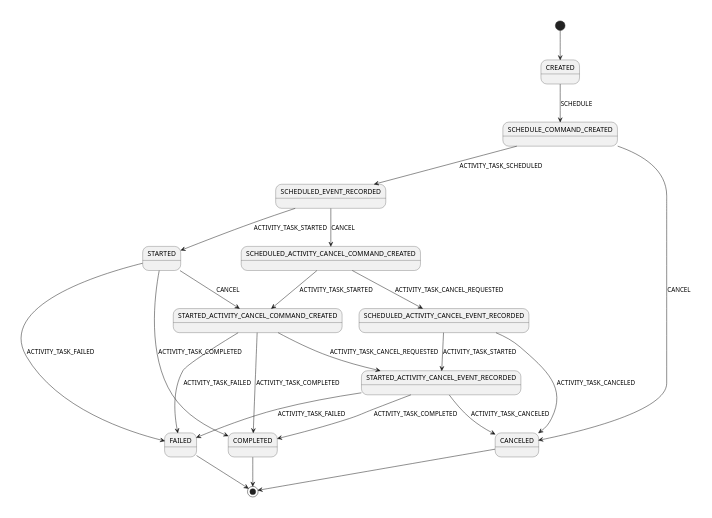
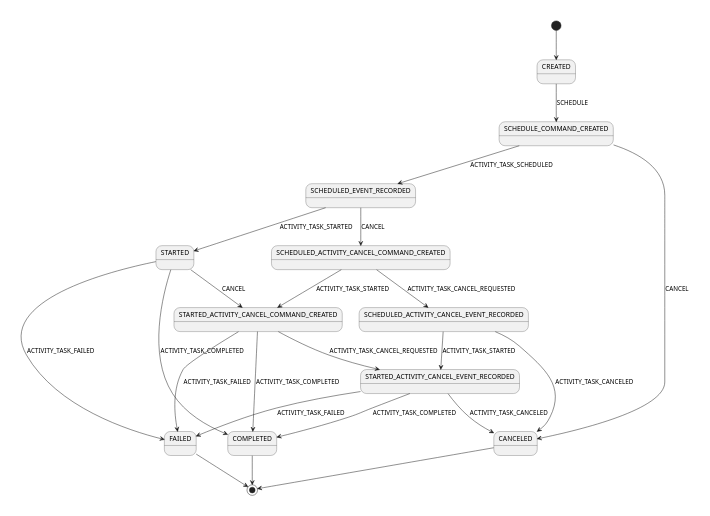
Before and after one commit to mfateev/temporal-java-sdk: the diagram in src/main/java/io/temporal/internal/csm/ActivityCommands.puml, drawn with PlantUML. The commit also changed other lines of this file and 4 other files, not shown here.

```diff
--- a/src/main/java/io/temporal/internal/csm/ActivityCommands.puml
+++ b/src/main/java/io/temporal/internal/csm/ActivityCommands.puml
@@ -21,25 +21,25 @@
 @startuml
 scale 350 width
 [*] --> CREATED
-SCHEDULED_ACTIVITY_CANCEL_EVENT_RECORDED --> CANCELED: ACTIVITY_TASK_CANCELED
-STARTED_ACTIVITY_CANCEL_COMMAND_CREATED --> STARTED_ACTIVITY_CANCEL_EVENT_RECORDED: ACTIVITY_TASK_CANCEL_REQUESTED
-STARTED_ACTIVITY_CANCEL_COMMAND_CREATED --> COMPLETED: ACTIVITY_TASK_COMPLETED
-STARTED_ACTIVITY_CANCEL_EVENT_RECORDED --> FAILED: ACTIVITY_TASK_FAILED
-SCHEDULED_EVENT_RECORDED --> STARTED: ACTIVITY_TASK_STARTED
-STARTED --> FAILED: ACTIVITY_TASK_FAILED
+SCHEDULED_EVENT_RECORDED --> SCHEDULED_ACTIVITY_CANCEL_COMMAND_CREATED: CANCEL
+SCHEDULED_ACTIVITY_CANCEL_COMMAND_CREATED --> STARTED_ACTIVITY_CANCEL_COMMAND_CREATED: ACTIVITY_TASK_STARTED
 STARTED --> STARTED_ACTIVITY_CANCEL_COMMAND_CREATED: CANCEL
-SCHEDULED_EVENT_RECORDED --> SCHEDULED_ACTIVITY_CANCEL_COMMAND_CREATED: CANCEL
+SCHEDULE_COMMAND_CREATED --> SCHEDULED_EVENT_RECORDED: ACTIVITY_TASK_SCHEDULED
+SCHEDULE_COMMAND_CREATED --> CANCELED: CANCEL
 STARTED_ACTIVITY_CANCEL_COMMAND_CREATED --> FAILED: ACTIVITY_TASK_FAILED
+STARTED_ACTIVITY_CANCEL_EVENT_RECORDED --> COMPLETED: ACTIVITY_TASK_COMPLETED
 CREATED --> SCHEDULE_COMMAND_CREATED: SCHEDULE
 SCHEDULED_ACTIVITY_CANCEL_EVENT_RECORDED --> STARTED_ACTIVITY_CANCEL_EVENT_RECORDED: ACTIVITY_TASK_STARTED
+STARTED --> FAILED: ACTIVITY_TASK_FAILED
+STARTED_ACTIVITY_CANCEL_COMMAND_CREATED --> STARTED_ACTIVITY_CANCEL_EVENT_RECORDED: ACTIVITY_TASK_CANCEL_REQUESTED
+SCHEDULED_ACTIVITY_CANCEL_COMMAND_CREATED --> SCHEDULED_ACTIVITY_CANCEL_EVENT_RECORDED: ACTIVITY_TASK_CANCEL_REQUESTED
+STARTED_ACTIVITY_CANCEL_EVENT_RECORDED --> FAILED: ACTIVITY_TASK_FAILED
+STARTED_ACTIVITY_CANCEL_COMMAND_CREATED --> COMPLETED: ACTIVITY_TASK_COMPLETED
 STARTED_ACTIVITY_CANCEL_EVENT_RECORDED --> CANCELED: ACTIVITY_TASK_CANCELED
-STARTED_ACTIVITY_CANCEL_EVENT_RECORDED --> COMPLETED: ACTIVITY_TASK_COMPLETED
-SCHEDULE_COMMAND_CREATED --> CANCELED: CANCEL
-SCHEDULE_COMMAND_CREATED --> SCHEDULED_EVENT_RECORDED: ACTIVITY_TASK_SCHEDULED
+SCHEDULED_EVENT_RECORDED --> STARTED: ACTIVITY_TASK_STARTED
 STARTED --> COMPLETED: ACTIVITY_TASK_COMPLETED
-SCHEDULED_ACTIVITY_CANCEL_COMMAND_CREATED --> SCHEDULED_ACTIVITY_CANCEL_EVENT_RECORDED: ACTIVITY_TASK_CANCEL_REQUESTED
-SCHEDULED_ACTIVITY_CANCEL_COMMAND_CREATED --> STARTED_ACTIVITY_CANCEL_COMMAND_CREATED: ACTIVITY_TASK_STARTED
+SCHEDULED_ACTIVITY_CANCEL_EVENT_RECORDED --> CANCELED: ACTIVITY_TASK_CANCELED
 COMPLETED --> [*]
 FAILED --> [*]
 CANCELED --> [*]
 @enduml
```
